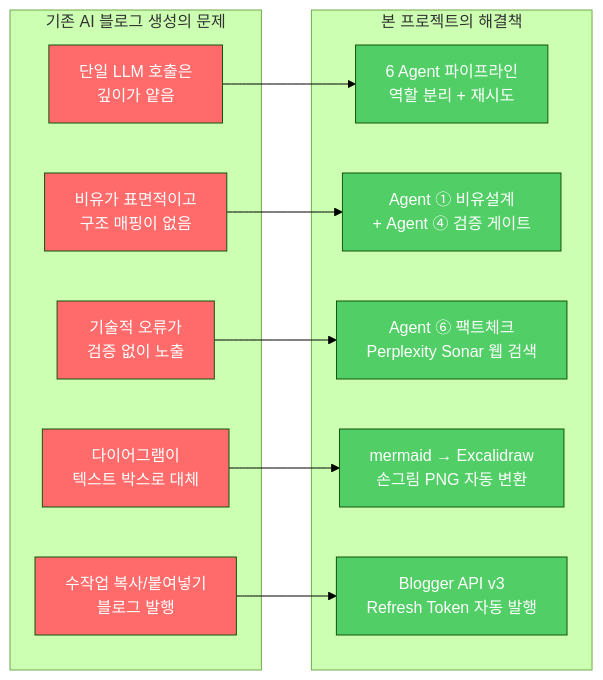
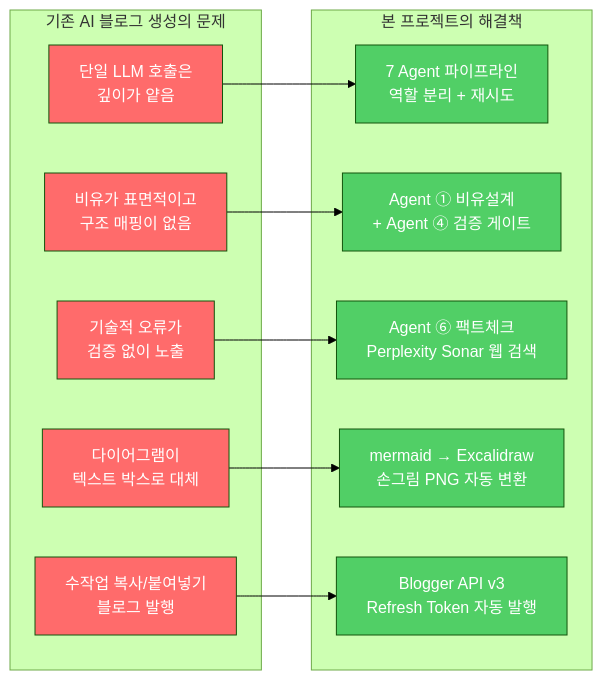
The first of 11 diagrams in README.md (Technoetic/blog-generator), drawn with Mermaid (forest theme) before and after one commit. The commit also changed other lines of this file and 2 other files, not shown here.

````diff
--- a/README.md
+++ b/README.md
@@ -57,35 +57,35 @@
 ```mermaid
 graph LR
     subgraph problems["기존 AI 블로그 생성의 문제"]
         P1["단일 LLM 호출은<br/>깊이가 얕음"]
         P2["비유가 표면적이고<br/>구조 매핑이 없음"]
         P3["기술적 오류가<br/>검증 없이 노출"]
         P4["다이어그램이<br/>텍스트 박스로 대체"]
         P5["수작업 복사/붙여넣기<br/>블로그 발행"]
     end
 
     subgraph solutions["본 프로젝트의 해결책"]
-        S1["6 Agent 파이프라인<br/>역할 분리 + 재시도"]
+        S1["7 Agent 파이프라인<br/>역할 분리 + 재시도"]
         S2["Agent ① 비유설계<br/>+ Agent ④ 검증 게이트"]
         S3["Agent ⑥ 팩트체크<br/>Perplexity Sonar 웹 검색"]
         S4["mermaid → Excalidraw<br/>손그림 PNG 자동 변환"]
         S5["Blogger API v3<br/>Refresh Token 자동 발행"]
     end
 
     P1 --> S1
     P2 --> S2
     P3 --> S3
     P4 --> S4
     P5 --> S5
 
     style P1 fill:#ff6b6b,color:#fff
     style P2 fill:#ff6b6b,color:#fff
     style P3 fill:#ff6b6b,color:#fff
     style P4 fill:#ff6b6b,color:#fff
     style P5 fill:#ff6b6b,color:#fff
     style S1 fill:#51cf66,color:#fff
     style S2 fill:#51cf66,color:#fff
     style S3 fill:#51cf66,color:#fff
     style S4 fill:#51cf66,color:#fff
     style S5 fill:#51cf66,color:#fff
 ```
````
